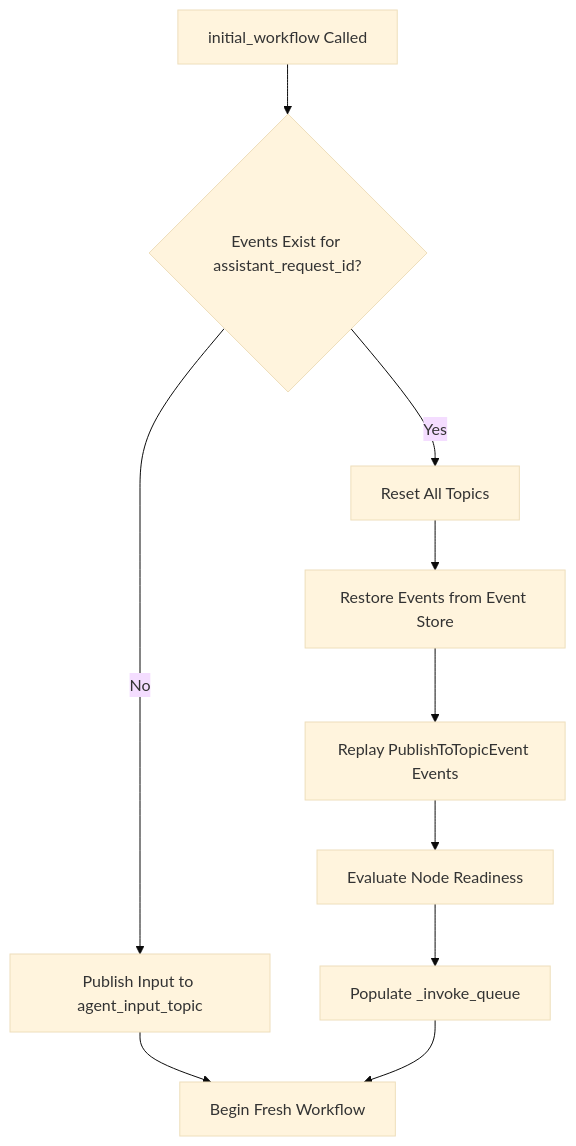
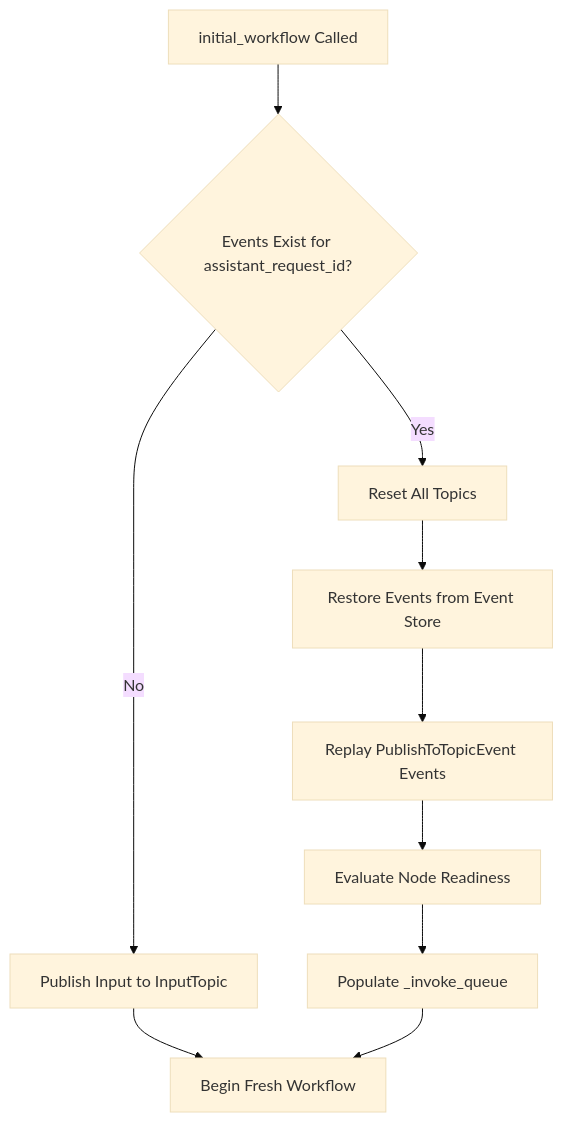
One commit to binome-dev/graphite changed the fifth of 5 diagrams in docs/docs/user-guide/event-driven-workflow.md. Above: the diagram before and after it, drawn with Mermaid (base theme). The commit also changed other lines of this file and 3 other files, not shown here.

First line of the commit message:
updating docs to use InputTopic / OutputTopic (#65)

````diff
--- a/docs/docs/user-guide/event-driven-workflow.md
+++ b/docs/docs/user-guide/event-driven-workflow.md
@@ -185,12 +185,12 @@
 ```mermaid
 graph TD
     A[initial_workflow Called] --> B{Events Exist for assistant_request_id?}
-    B -->|No| C[Publish Input to agent_input_topic]
+    B -->|No| C[Publish Input to InputTopic]
     B -->|Yes| D[Reset All Topics]
     D --> E[Restore Events from Event Store]
     E --> F[Replay PublishToTopicEvent Events]
     F --> G[Evaluate Node Readiness]
     G --> H[Populate _invoke_queue]
     C --> I[Begin Fresh Workflow]
     H --> I
 ```
````
